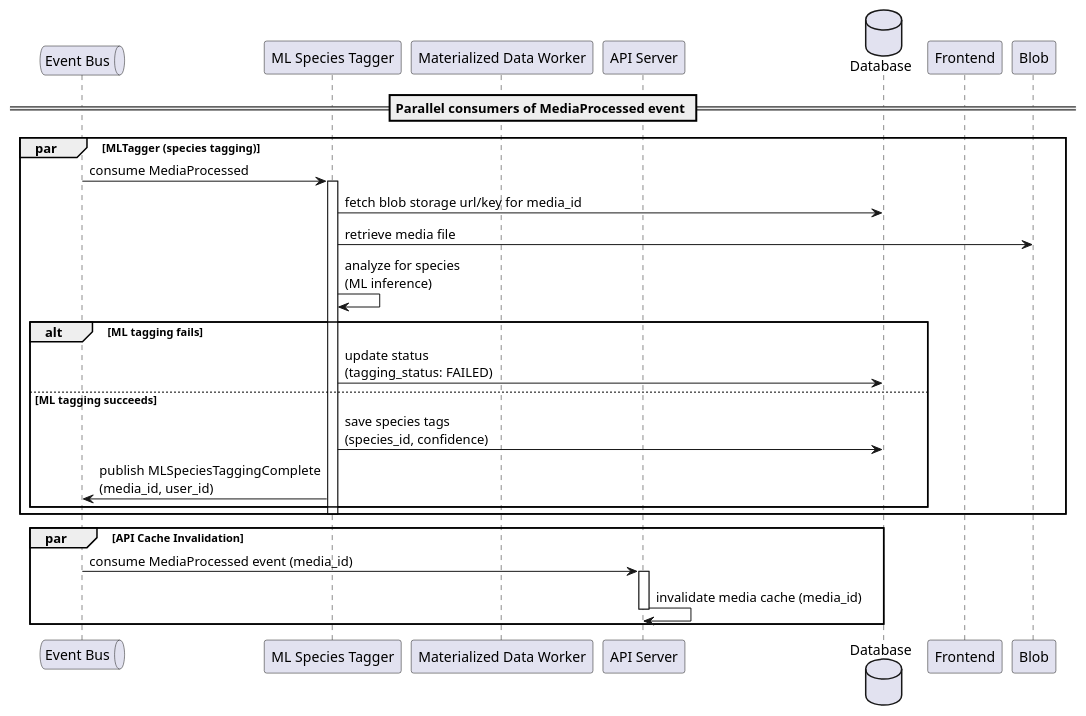
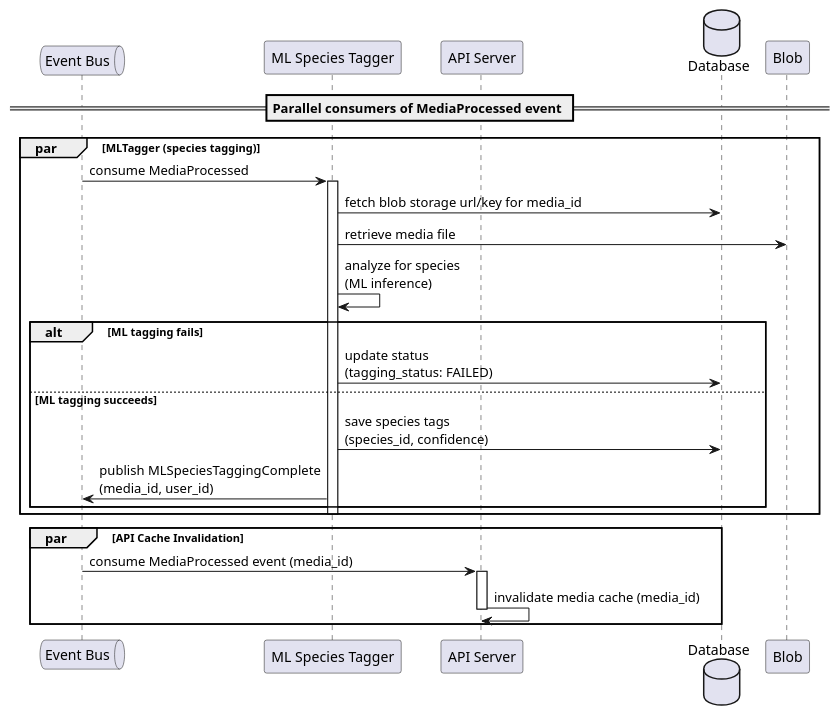
One commit to MikeF0007/reef-connect changed the diagram in designs/sequences/media/media_upload/media_processed_event_consumers_sequence.puml. Above: the diagram before and after it, drawn with PlantUML. The commit also changed 1 other file, not shown here.

Commit message:
Remove unused participants from sequence diagrams
Removes participants that were defined but never referenced in a few of
the sequence diagrams.

```diff
--- a/designs/sequences/media/media_upload/media_processed_event_consumers_sequence.puml
+++ b/designs/sequences/media/media_upload/media_processed_event_consumers_sequence.puml
@@ -1,31 +1,29 @@
 @startuml MediaProcessed Event Consumers Sequence
 queue "Event Bus" as Events
 participant "ML Species Tagger" as MLTagger
-participant "Materialized Data Worker" as MaterializedDataWorker
 participant "API Server" as API
 database "Database" as DB
-participant Frontend
 
 == Parallel consumers of MediaProcessed event ==
 par MLTagger (species tagging)
     Events -> MLTagger: consume MediaProcessed
     activate MLTagger
     MLTagger -> DB: fetch blob storage url/key for media_id
     MLTagger -> Blob: retrieve media file
     MLTagger -> MLTagger: analyze for species\n(ML inference)
     alt ML tagging fails
         MLTagger -> DB: update status\n(tagging_status: FAILED)
     else ML tagging succeeds
         MLTagger -> DB: save species tags\n(species_id, confidence)
         MLTagger -> Events: publish MLSpeciesTaggingComplete\n(media_id, user_id)
     end
     deactivate MLTagger
 end par
 
 par API Cache Invalidation
     Events -> API: consume MediaProcessed event (media_id)
     activate API
     API -> API: invalidate media cache (media_id)
     deactivate API
 end par
 @enduml
```
